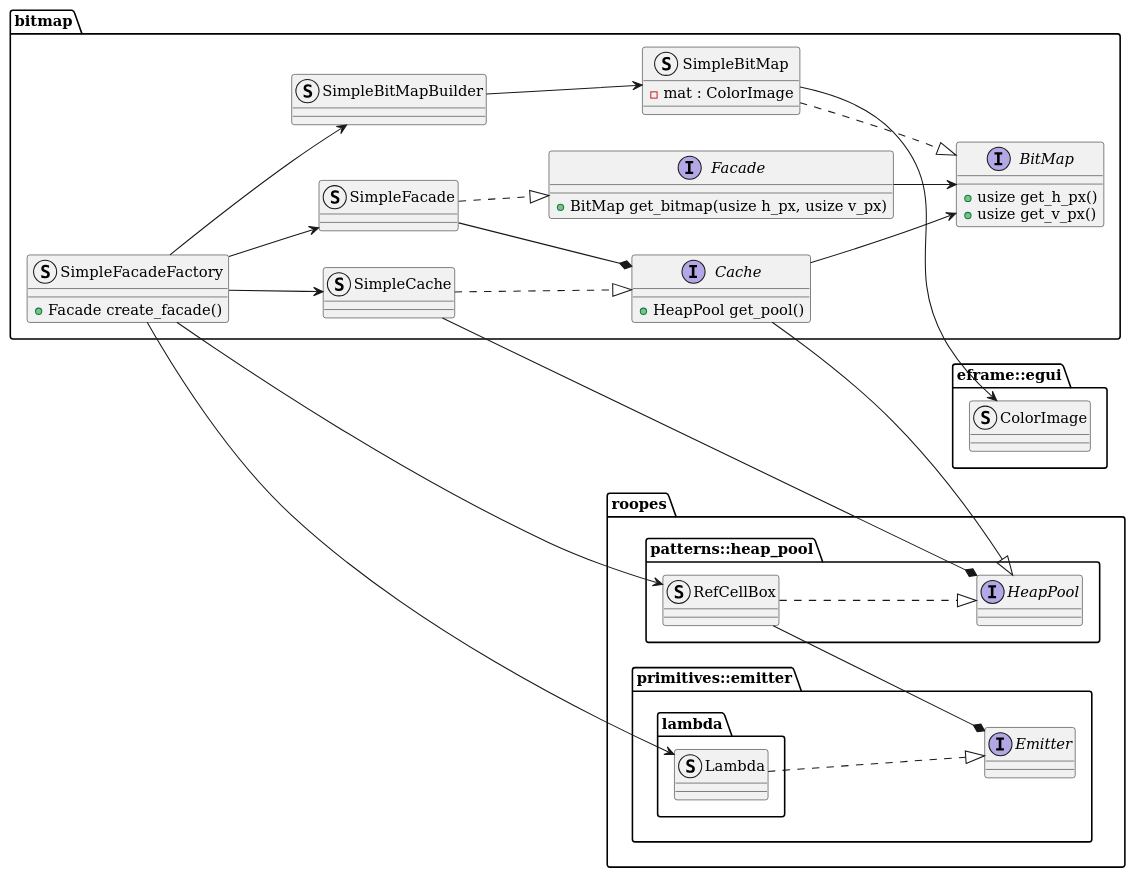
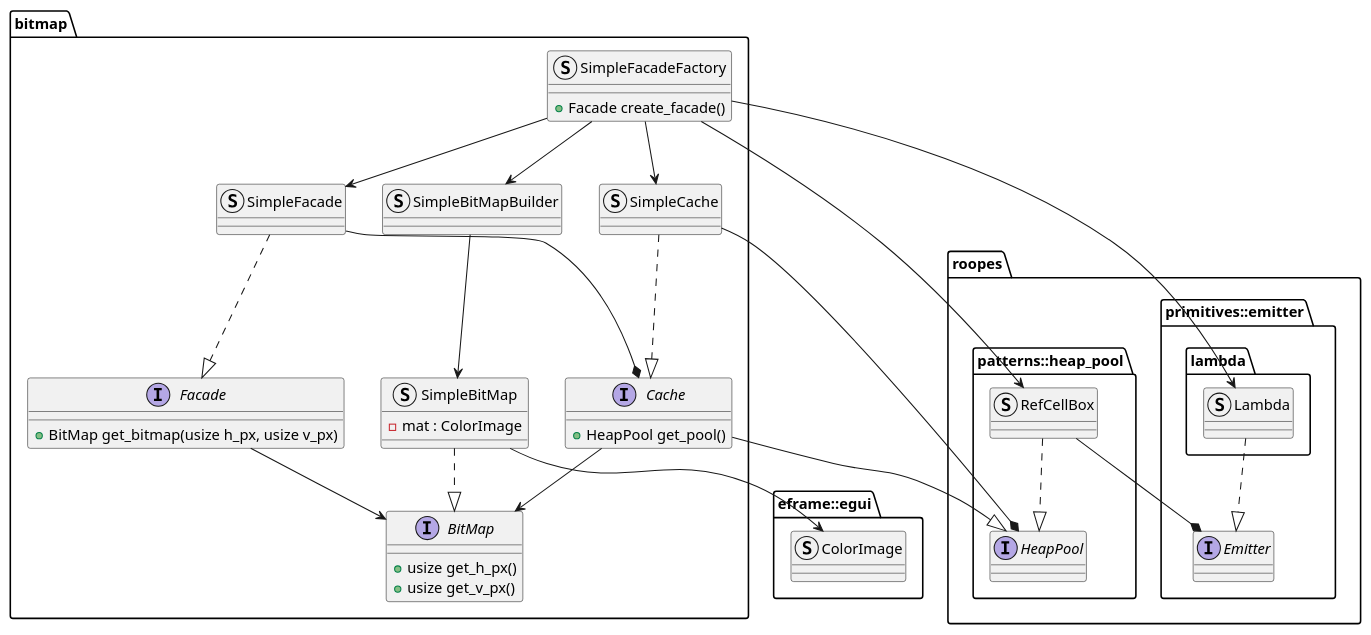
One commit to zwerdlds/GlyphMosaic changed the diagram in documentation/Specification/diagrams/subsystems/bitmap.plantuml. Above: the diagram before and after it, drawn with PlantUML. The commit also changed 4 other files, not shown here.

```diff
--- a/documentation/Specification/diagrams/subsystems/bitmap.plantuml
+++ b/documentation/Specification/diagrams/subsystems/bitmap.plantuml
@@ -1,79 +1,77 @@
 @startuml
-left to right direction
 skinparam componentStyle uml1
-skinparam defaultFontName DejaVu Serif
 
 package "bitmap" {
     interface "BitMap" as bm{
         + usize get_h_px()
         + usize get_v_px()
     }
 
     struct "SimpleBitMap" as bms {
         - mat : ColorImage
     }
 
     interface "Cache" as bmc{
         + HeapPool get_pool()
     }
 
     struct "SimpleCache" as bmsc{
     }
 
     interface "Facade" as bmf{
         + BitMap get_bitmap(usize h_px, usize v_px)
     }
 
     struct "SimpleFacade" as bmsf{
 
     }
 
     struct "SimpleFacadeFactory" as bmsff{
         + Facade create_facade()
     }
 
     struct "SimpleBitMapBuilder" as bmsbmb{
     }
 }
 
 
 package "roopes"{
     package "primitives::emitter" {
         interface "Emitter" as ree {}
 
         package "lambda" {
             struct "Lambda" as rel {}
         }
     }
 
     package "patterns::heap_pool" {
         interface "HeapPool" as rhphp {}
         struct "RefCellBox" as rhphrcb{}
     }
 }
 
 package eframe::egui {
     struct "ColorImage" as eeci {}
 }
 
 
 bmf --> bm
 bmsf --* bmc
 bms ..|> bm
 bmc --> bm
 bmsc ..|> bmc
 bmsff --> bmsbmb
 bmsbmb --> bms
 bmsf ..|> bmf
 bmc --|> rhphp
 bmsc --* rhphp
 rhphrcb ..|> rhphp
 bmsff --> rhphrcb
 bmsff --> bmsc
 bmsff --> bmsf
 rel ..|> ree
 bmsff --> rel
 rhphrcb --* ree
 bms --> eeci
 
 @enduml
```
